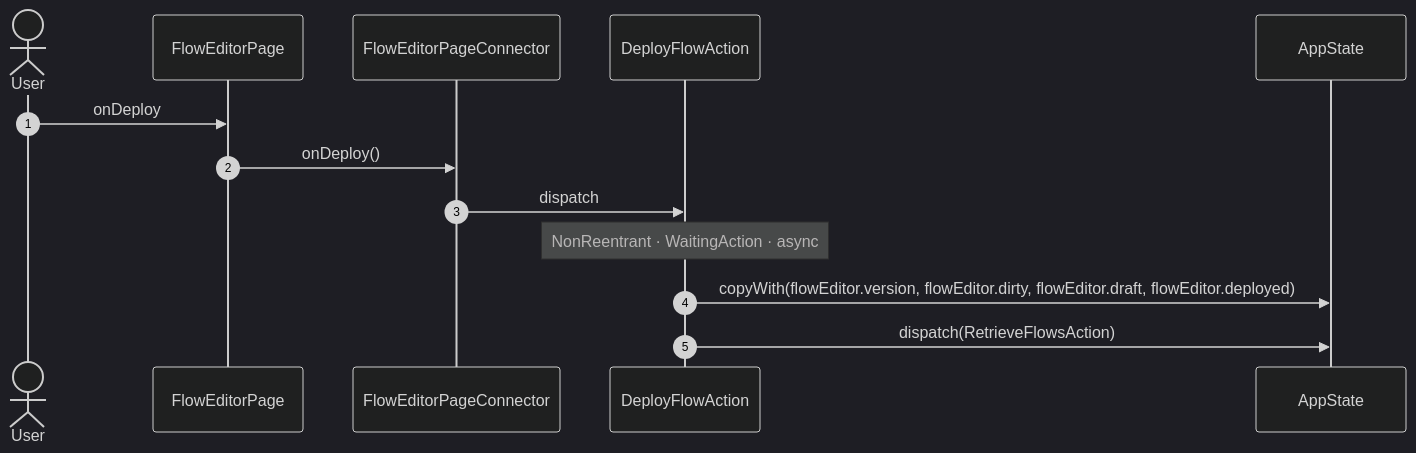
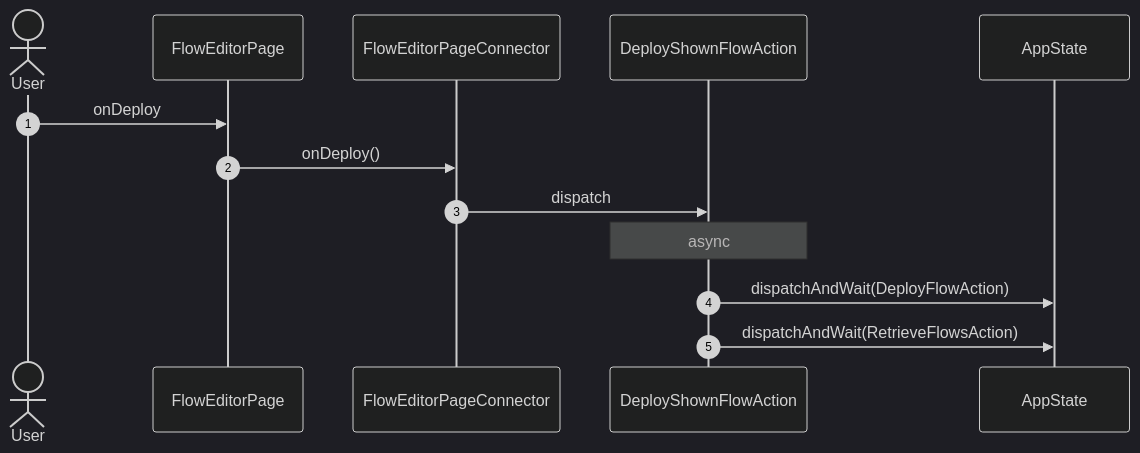
One commit to gencto/wyrm changed diagram 19 of 41 in studio/docs/flows/flowEditor.md. Above: the diagram before and after it, drawn with Mermaid (dark theme). The commit also changed other lines of this file and 52 other files, not shown here.

````diff
--- a/studio/docs/flows/flowEditor.md
+++ b/studio/docs/flows/flowEditor.md
@@ -321,16 +319,16 @@
 ```mermaid
 sequenceDiagram
     autonumber
     actor User
     participant UI as FlowEditorPage
     participant VM as FlowEditorPageConnector
-    participant A1 as DeployFlowAction
+    participant A1 as DeployShownFlowAction
     participant ST as AppState
 
     User->>UI: onDeploy
     UI->>VM: onDeploy()
     VM->>A1: dispatch
-    Note over A1: NonReentrant · WaitingAction · async
-    A1->>ST: copyWith(flowEditor.version, flowEditor.dirty, flowEditor.draft, flowEditor.deployed)
-    A1->>ST: dispatch(RetrieveFlowsAction)
+    Note over A1: async
+    A1->>ST: dispatchAndWait(DeployFlowAction)
+    A1->>ST: dispatchAndWait(RetrieveFlowsAction)
 ```
````
